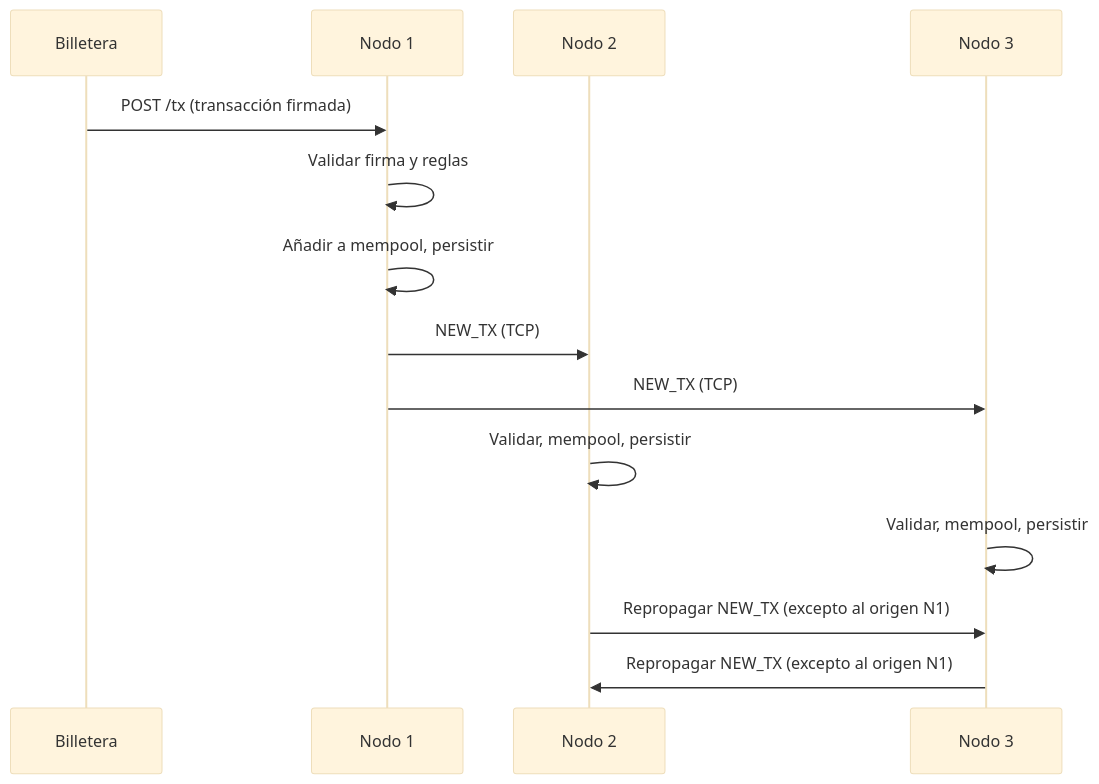
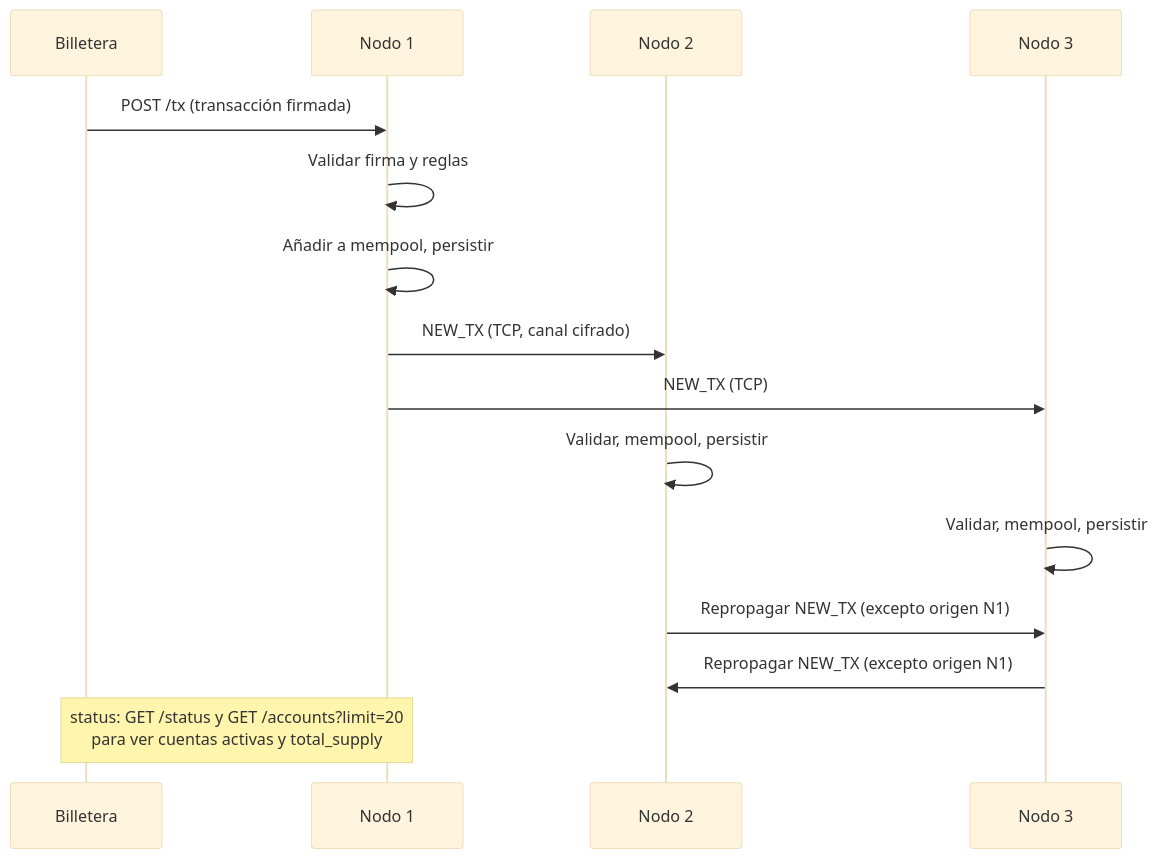
The diagram in diagramas/secuencia/secuencia-transaccion.mmd (Ignacio687/final_computacion_II), drawn with Mermaid (base theme) before and after one commit. The commit also changed 13 other files, not shown here.

First line of the commit message:
docs(diagramas): sincronizar Mermaid y PNG con el código actual

```diff
--- a/diagramas/secuencia/secuencia-transaccion.mmd
+++ b/diagramas/secuencia/secuencia-transaccion.mmd
@@ -1,14 +1,15 @@
 sequenceDiagram
   participant B as Billetera
   participant N1 as Nodo 1
   participant N2 as Nodo 2
   participant N3 as Nodo 3
   B->>N1: POST /tx (transacción firmada)
   N1->>N1: Validar firma y reglas
   N1->>N1: Añadir a mempool, persistir
-  N1->>N2: NEW_TX (TCP)
+  N1->>N2: NEW_TX (TCP, canal cifrado)
   N1->>N3: NEW_TX (TCP)
   N2->>N2: Validar, mempool, persistir
   N3->>N3: Validar, mempool, persistir
-  N2->>N3: Repropagar NEW_TX (excepto al origen N1)
-  N3->>N2: Repropagar NEW_TX (excepto al origen N1)
+  N2->>N3: Repropagar NEW_TX (excepto origen N1)
+  N3->>N2: Repropagar NEW_TX (excepto origen N1)
+  Note over B,N1: status: GET /status y GET /accounts?limit=20<br/>para ver cuentas activas y total_supply
```
